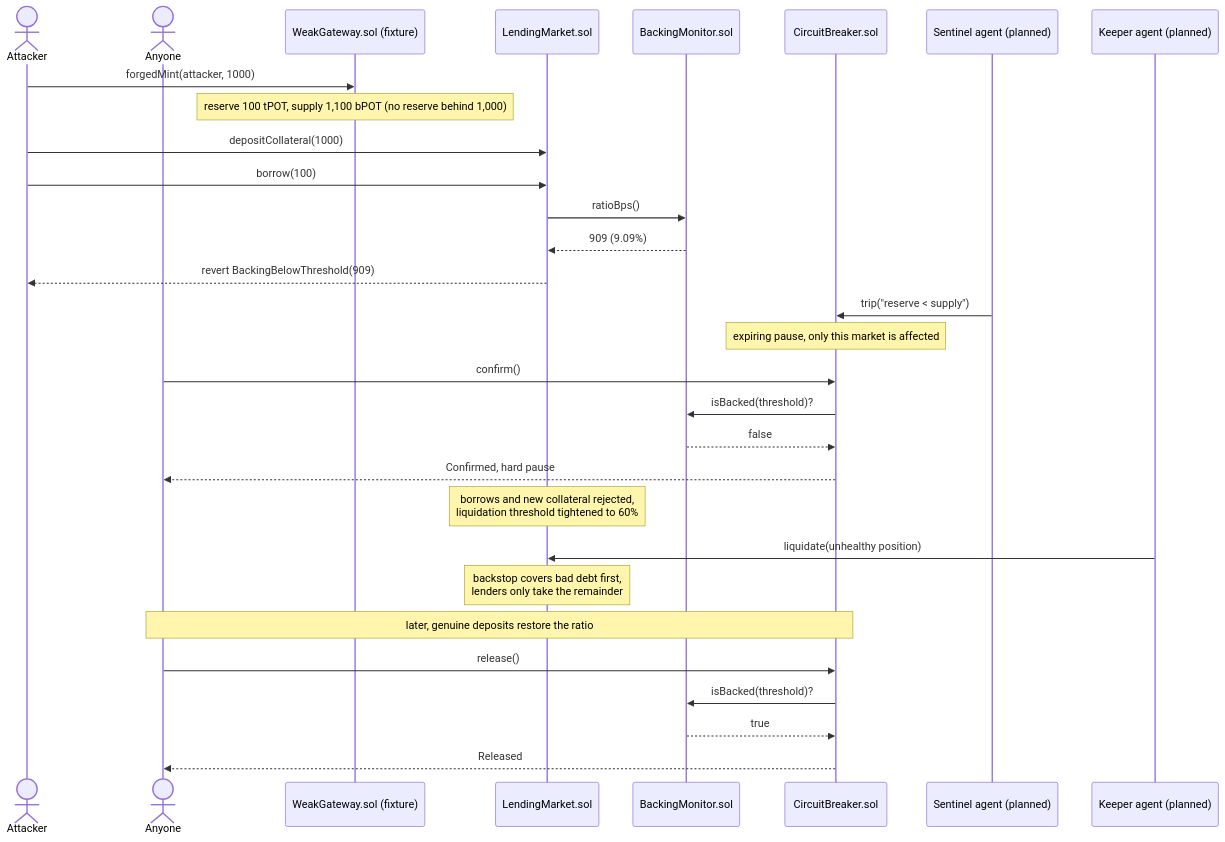
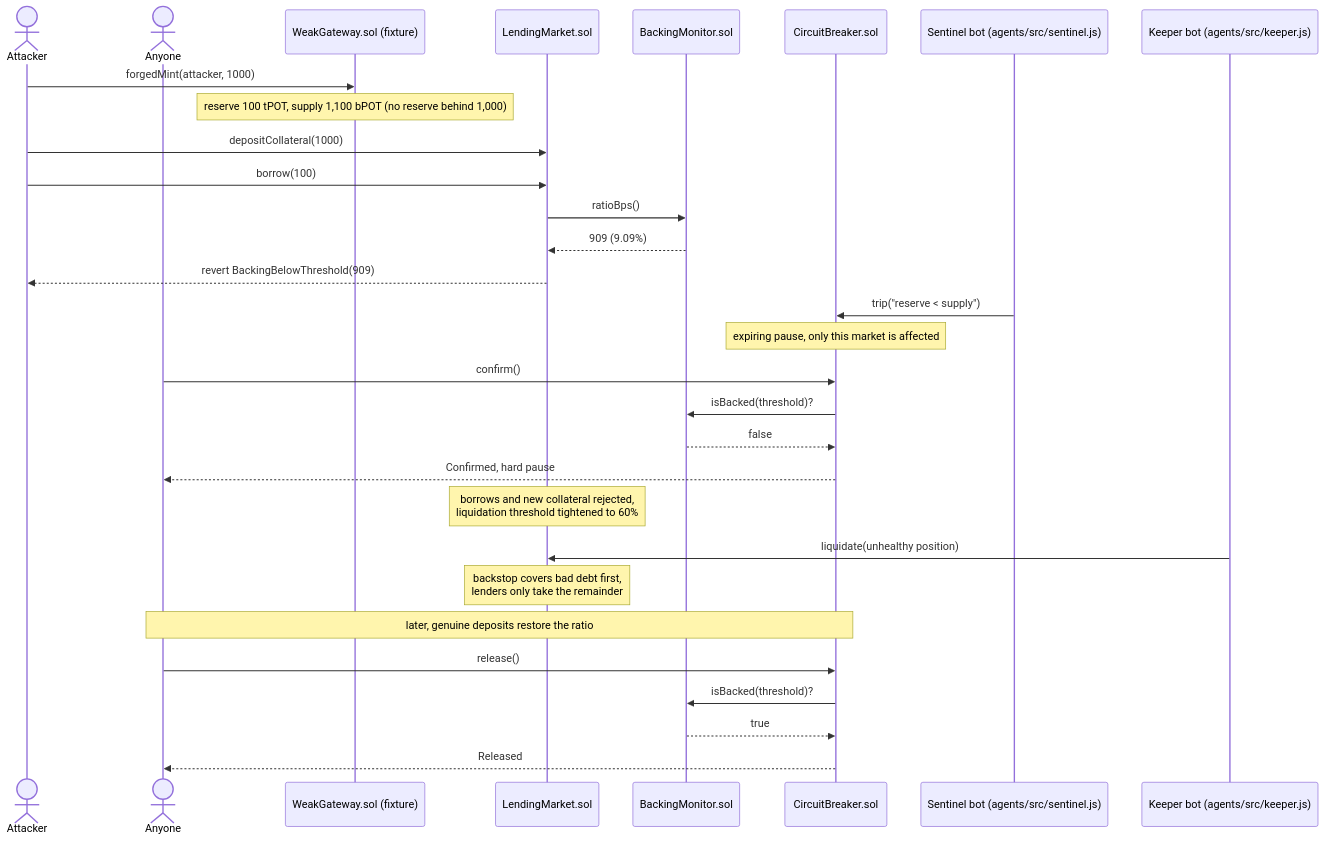
The third of 3 diagrams in README.md (Rohitamalraj/DotProof), drawn with Mermaid before and after one commit. The commit also changed other lines of this file and 2 other files, not shown here.

First line of the commit message:
docs: document the agent network, correct deploy cost estimate and test counts

````diff
--- a/README.md
+++ b/README.md
@@ -259,36 +266,36 @@
 ```mermaid
 sequenceDiagram
     actor Attacker
     actor Anyone
     participant Weak as WeakGateway.sol (fixture)
     participant Market as LendingMarket.sol
     participant Monitor as BackingMonitor.sol
     participant Breaker as CircuitBreaker.sol
-    participant Sentinel as Sentinel agent (planned)
-    participant Keeper as Keeper agent (planned)
+    participant Sentinel as Sentinel bot (agents/src/sentinel.js)
+    participant Keeper as Keeper bot (agents/src/keeper.js)
 
     Attacker->>Weak: forgedMint(attacker, 1000)
     Note over Weak: reserve 100 tPOT, supply 1,100 bPOT (no reserve behind 1,000)
     Attacker->>Market: depositCollateral(1000)
     Attacker->>Market: borrow(100)
     Market->>Monitor: ratioBps()
     Monitor-->>Market: 909 (9.09%)
     Market-->>Attacker: revert BackingBelowThreshold(909)
 
     Sentinel->>Breaker: trip("reserve < supply")
     Note over Breaker: expiring pause, only this market is affected
     Anyone->>Breaker: confirm()
     Breaker->>Monitor: isBacked(threshold)?
     Monitor-->>Breaker: false
     Breaker-->>Anyone: Confirmed, hard pause
     Note over Market: borrows and new collateral rejected,<br/>liquidation threshold tightened to 60%
 
     Keeper->>Market: liquidate(unhealthy position)
     Note over Market: backstop covers bad debt first,<br/>lenders only take the remainder
 
     Note over Anyone,Breaker: later, genuine deposits restore the ratio
     Anyone->>Breaker: release()
     Breaker->>Monitor: isBacked(threshold)?
     Monitor-->>Breaker: true
     Breaker-->>Anyone: Released
 ```
````
